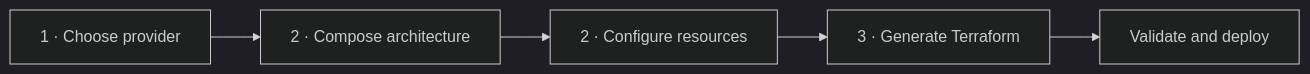
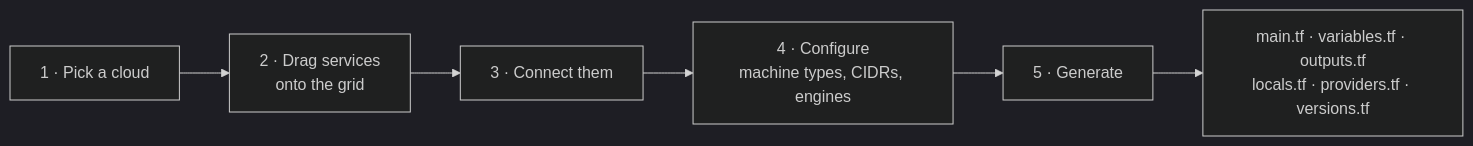
Before and after one commit to karthikmeduri/InfraCanvas: the first of 2 diagrams in README.md, drawn with Mermaid (dark theme). The commit also changed other lines of this file and 32 other files, not shown here.

Commit message:
version 2 enhamcements with real architecture

````diff
--- a/README.md
+++ b/README.md
@@ -35,7 +71,8 @@
 ```mermaid
 flowchart LR
-    A["1 · Choose provider"] --> B["2 · Compose architecture"]
-    B --> C["2 · Configure resources"]
-    C --> D["3 · Generate Terraform"]
-    D --> E["Validate and deploy"]
+    A["1 · Pick a cloud"] --> B["2 · Drag services<br/>onto the grid"]
+    B --> C["3 · Connect them"]
+    C --> D["4 · Configure<br/>machine types, CIDRs, engines"]
+    D --> E["5 · Generate"]
+    E --> F["main.tf · variables.tf · outputs.tf<br/>locals.tf · providers.tf · versions.tf"]
 ```
````
